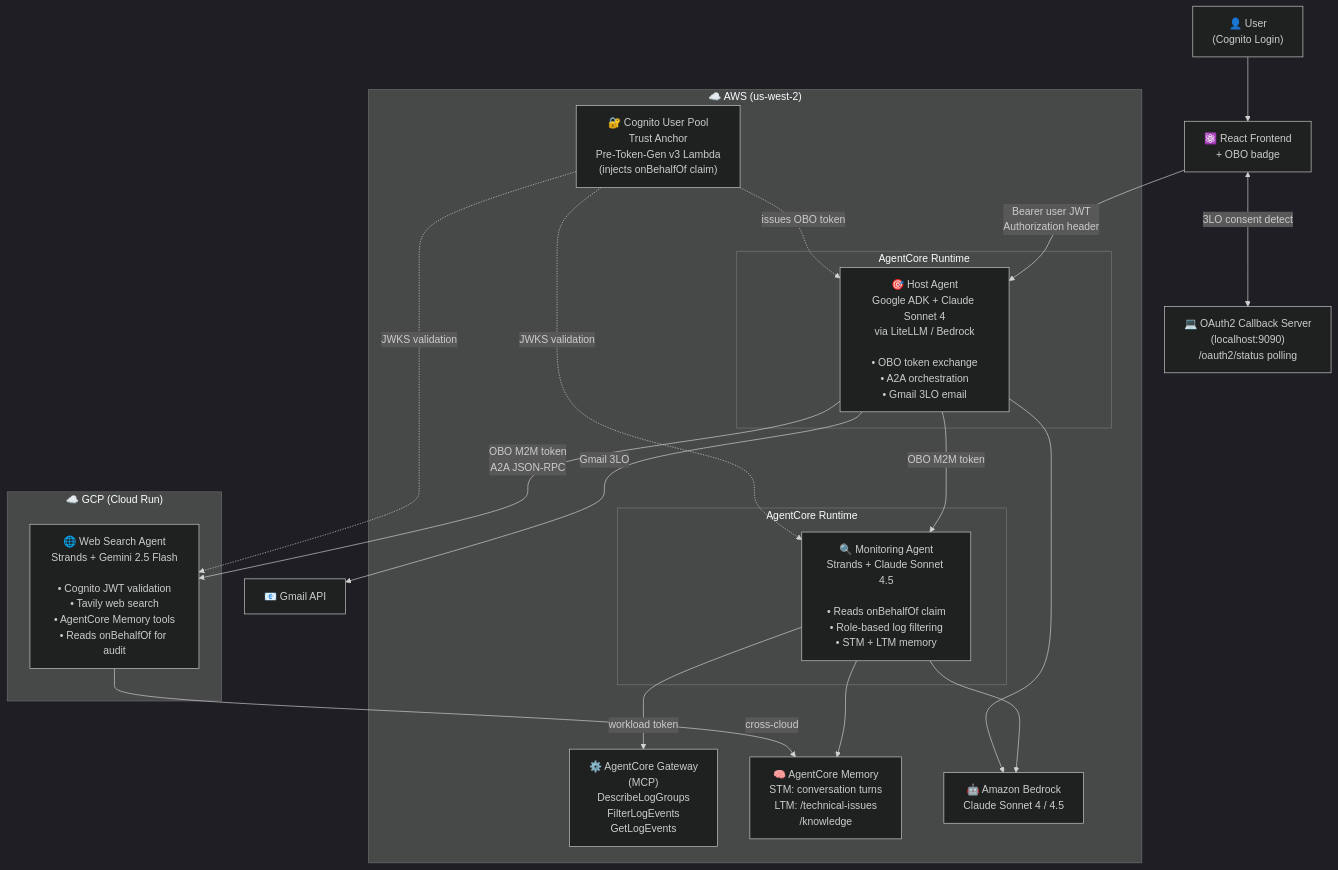
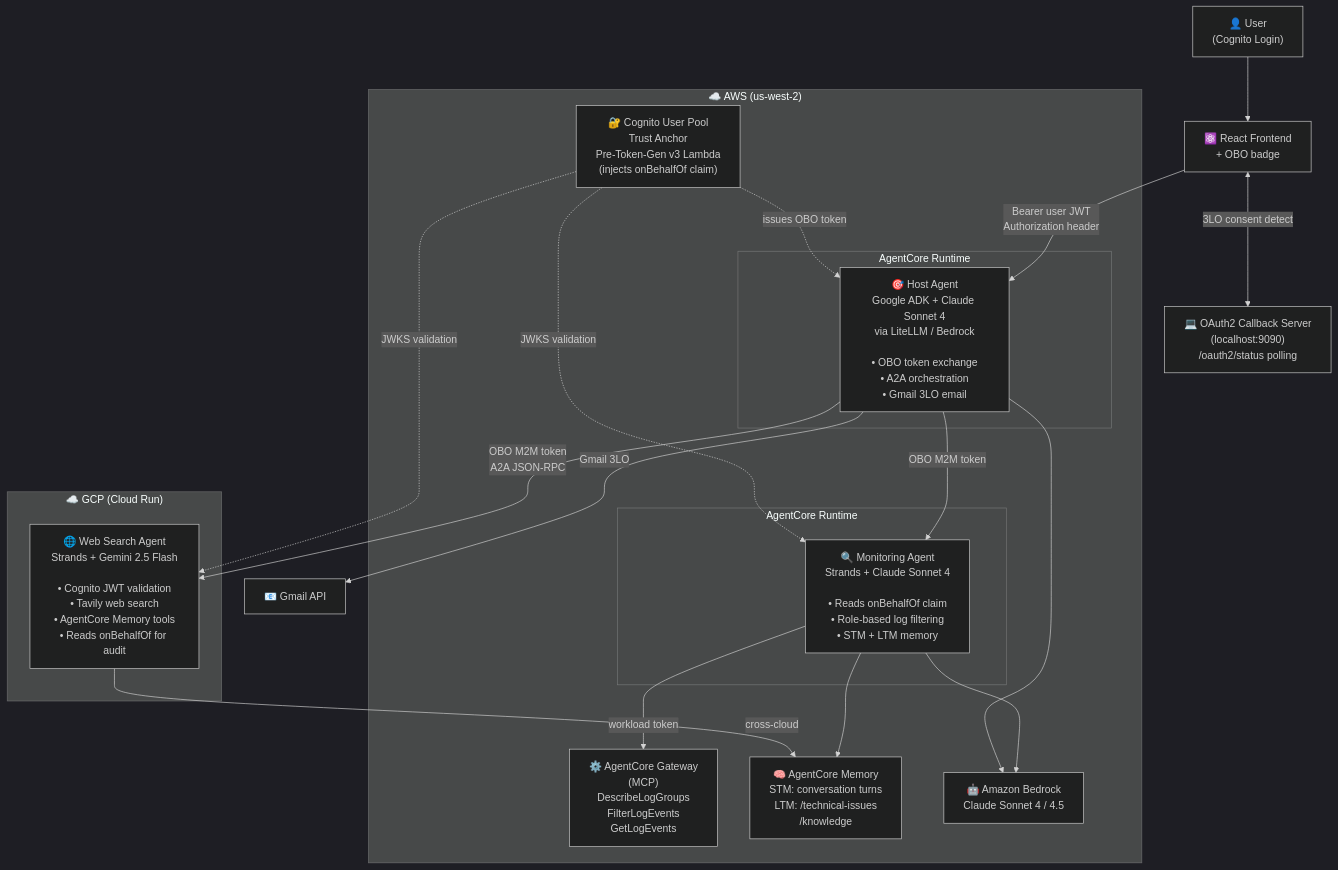
Before and after one commit to rajolishruthi/agentcore-samples: the diagram in 02-use-cases/A2A-multi-agent-incident-response/README.md, drawn with Mermaid (dark theme). The commit also changed other lines of this file, not shown here.

Commit message:
fix(docs): correct monitoring agent model version and OBO badge mechanism

````diff
--- a/02-use-cases/A2A-multi-agent-incident-response/README.md
+++ b/02-use-cases/A2A-multi-agent-incident-response/README.md
@@ -23,41 +23,41 @@
 ```mermaid
 graph TB
     User["👤 User<br/>(Cognito Login)"] --> Frontend["⚛️ React Frontend<br/>+ OBO badge"]
     Frontend -->|"Bearer user JWT<br/>Authorization header"| HostAgent
 
     subgraph AWS ["☁️ AWS (us-west-2)"]
         Cognito["🔐 Cognito User Pool<br/>Trust Anchor<br/>Pre-Token-Gen v3 Lambda<br/>(injects onBehalfOf claim)"]
 
         subgraph AgentCore_Host ["AgentCore Runtime"]
             HostAgent["🎯 Host Agent<br/>Google ADK + Claude Sonnet 4<br/>via LiteLLM / Bedrock<br/><br/>• OBO token exchange<br/>• A2A orchestration<br/>• Gmail 3LO email"]
         end
 
         subgraph AgentCore_Monitor ["AgentCore Runtime"]
-            MonitorAgent["🔍 Monitoring Agent<br/>Strands + Claude Sonnet 4.5<br/><br/>• Reads onBehalfOf claim<br/>• Role-based log filtering<br/>• STM + LTM memory"]
+            MonitorAgent["🔍 Monitoring Agent<br/>Strands + Claude Sonnet 4<br/><br/>• Reads onBehalfOf claim<br/>• Role-based log filtering<br/>• STM + LTM memory"]
         end
 
         Gateway["⚙️ AgentCore Gateway<br/>(MCP)<br/>DescribeLogGroups<br/>FilterLogEvents<br/>GetLogEvents"]
         Memory["🧠 AgentCore Memory<br/>STM: conversation turns<br/>LTM: /technical-issues<br/>    /knowledge"]
         Bedrock["🤖 Amazon Bedrock<br/>Claude Sonnet 4 / 4.5"]
 
         MonitorAgent -->|workload token| Gateway
         MonitorAgent --> Memory
         MonitorAgent --> Bedrock
         HostAgent -->|OBO M2M token| MonitorAgent
         HostAgent --> Bedrock
         Cognito -.->|JWKS validation| MonitorAgent
         Cognito -.->|issues OBO token| HostAgent
     end
 
     subgraph GCP ["☁️ GCP (Cloud Run)"]
         WebSearch["🌐 Web Search Agent<br/>Strands + Gemini 2.5 Flash<br/><br/>• Cognito JWT validation<br/>• Tavily web search<br/>• AgentCore Memory tools<br/>• Reads onBehalfOf for audit"]
     end
 
     HostAgent -->|"OBO M2M token<br/>A2A JSON-RPC"| WebSearch
     WebSearch -->|cross-cloud| Memory
     Cognito -.->|JWKS validation| WebSearch
 
     LocalServer["💻 OAuth2 Callback Server<br/>(localhost:9090)<br/>/oauth2/status polling"]
     Frontend <-->|3LO consent detect| LocalServer
     HostAgent -->|Gmail 3LO| Gmail["📧 Gmail API"]
 ```
````
